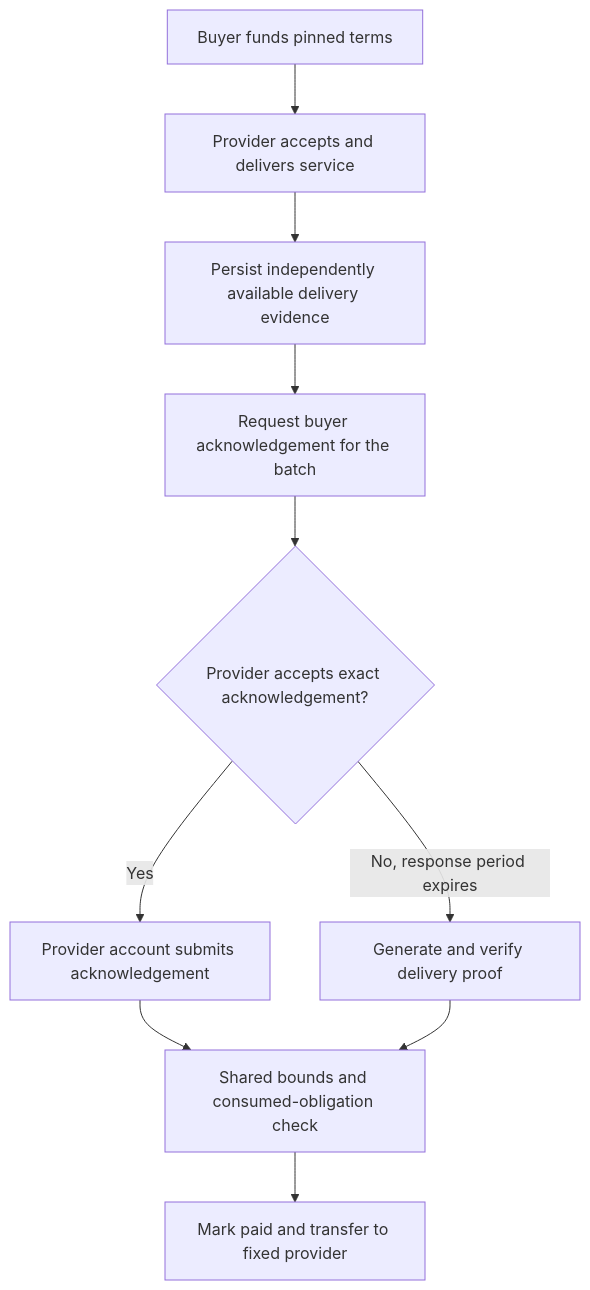
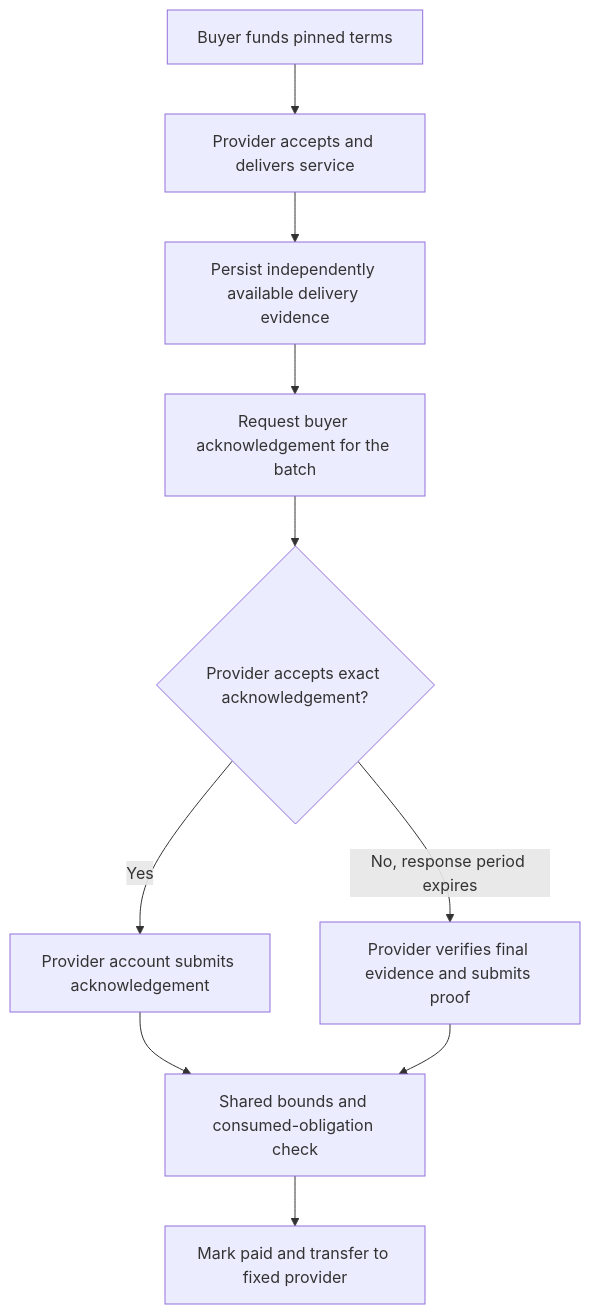
The diagram in docs/handoff/05-rent-dispute-mechanism.md (mnemonik-xyz/policy-execution), drawn with Mermaid before and after one commit. The commit also changed other lines of this file, not shown here.

Commit message:
docs: require provider submission and final evidence for dispute proofs

````diff
--- a/docs/handoff/05-rent-dispute-mechanism.md
+++ b/docs/handoff/05-rent-dispute-mechanism.md
@@ -99,12 +99,12 @@
 ```mermaid
 flowchart TD
     A[Buyer funds pinned terms] --> B[Provider accepts and delivers service]
     B --> C[Persist independently available delivery evidence]
     C --> D[Request buyer acknowledgement for the batch]
     D --> E{Provider accepts exact acknowledgement?}
     E -->|Yes| F[Provider account submits acknowledgement]
-    E -->|No, response period expires| G[Generate and verify delivery proof]
+    E -->|No, response period expires| G[Provider verifies final evidence and submits proof]
     F --> H[Shared bounds and consumed-obligation check]
     G --> H
     H --> I[Mark paid and transfer to fixed provider]
 ```
````
